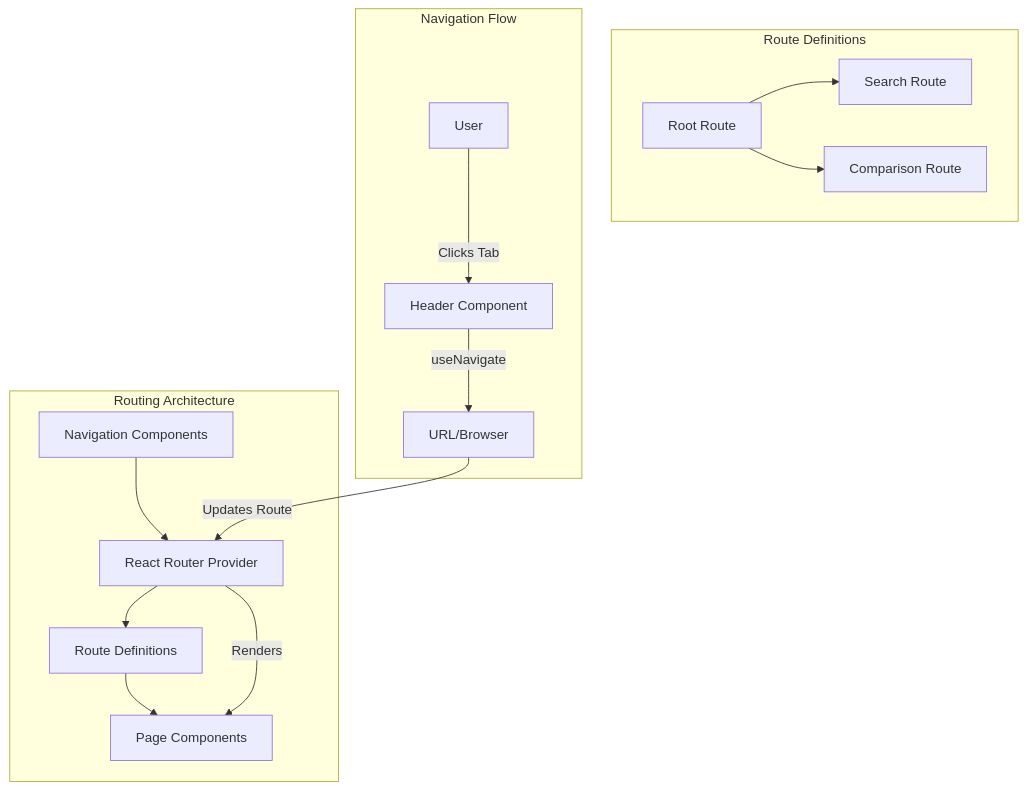
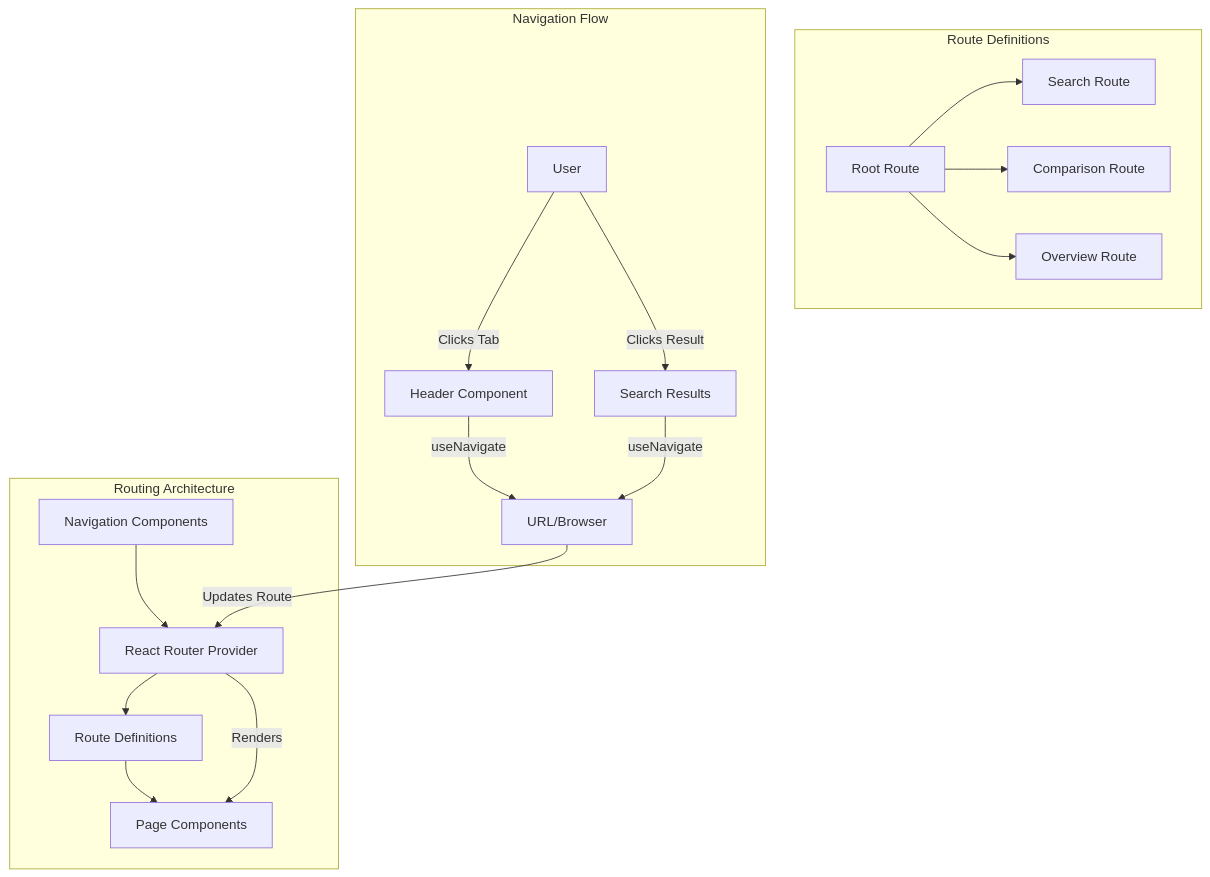
One commit to grungert/hill-metrics changed the fourth of 6 diagrams in memory-bank/systemPatterns.md. Above: the diagram before and after it, drawn with Mermaid. The commit also changed other lines of this file and 20 other files, not shown here.

````diff
--- a/memory-bank/systemPatterns.md
+++ b/memory-bank/systemPatterns.md
@@ -238,33 +238,38 @@
 ```mermaid
 flowchart TD
     subgraph "Routing Architecture"
         Router[React Router Provider]
         Routes[Route Definitions]
         Nav[Navigation Components]
         Pages[Page Components]
         
         Router --> Routes
         Routes --> Pages
         Nav --> Router
     end
     
     subgraph "Route Definitions"
         Root[Root Route]
         Search[Search Route]
         Comparison[Comparison Route]
+        Overview[Overview Route]
         
         Root --> Search
         Root --> Comparison
+        Root --> Overview
     end
     
     subgraph "Navigation Flow"
         User[User]
         Header[Header Component]
+        SearchResults[Search Results]
         URL[URL/Browser]
         
         User -->|Clicks Tab| Header
+        User -->|Clicks Result| SearchResults
         Header -->|useNavigate| URL
+        SearchResults -->|useNavigate| URL
         URL -->|Updates Route| Router
         Router -->|Renders| Pages
     end
 ```
````
